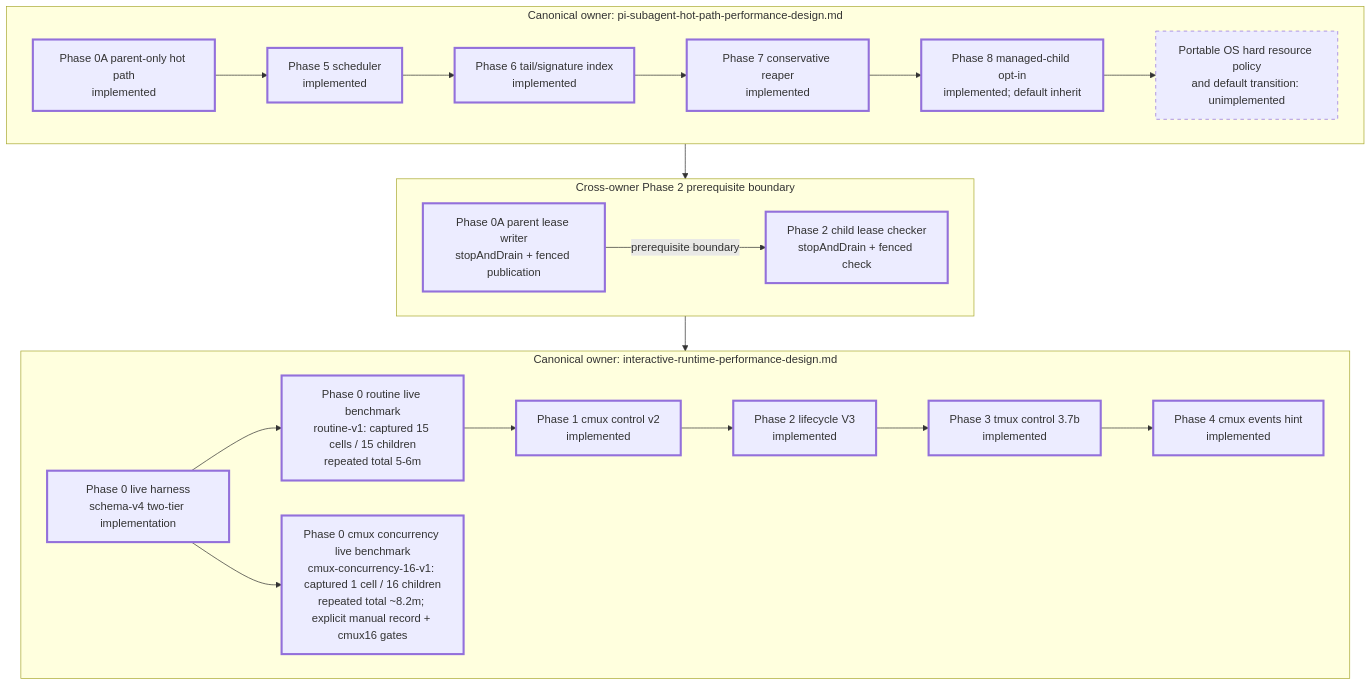
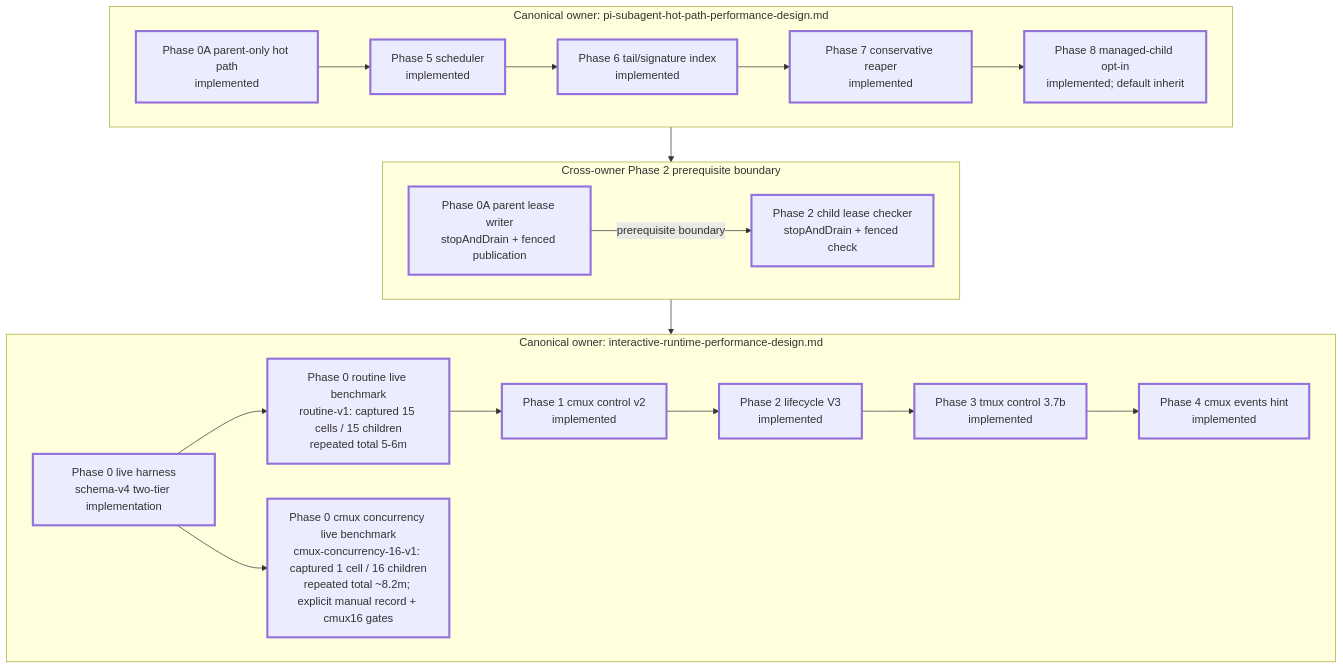
Before and after one commit to spi-ca/pi-subagent: the diagram in docs/diagram/performance-phase-map.mmd, drawn with Mermaid. The commit also changed 13 other files, not shown here.

```diff
--- a/docs/diagram/performance-phase-map.mmd
+++ b/docs/diagram/performance-phase-map.mmd
@@ -1,40 +1,37 @@
 flowchart TB
   subgraph TransportOwner[Canonical owner: interactive-runtime-performance-design.md]
     direction LR
     P0H[Phase 0 live harness<br/>schema-v4 two-tier implementation]
     P0R[Phase 0 routine live benchmark<br/>routine-v1: captured 15 cells / 15 children<br/>repeated total 5-6m]
     P0C[Phase 0 cmux concurrency live benchmark<br/>cmux-concurrency-16-v1: captured 1 cell / 16 children<br/>repeated total ~8.2m; explicit manual record + cmux16 gates]
     P1[Phase 1 cmux control v2<br/>implemented]
     P2[Phase 2 lifecycle V3<br/>implemented]
     P3[Phase 3 tmux control 3.7b<br/>implemented]
     P4[Phase 4 cmux events hint<br/>implemented]
     P0H --> P0R
     P0H --> P0C
     P0R --> P1 --> P2 --> P3 --> P4
   end
 
   subgraph InternalOwner[Canonical owner: pi-subagent-hot-path-performance-design.md]
     direction LR
     P0A[Phase 0A parent-only hot path<br/>implemented]
     P5[Phase 5 scheduler<br/>implemented]
     P6[Phase 6 tail/signature index<br/>implemented]
     P7[Phase 7 conservative reaper<br/>implemented]
     P8[Phase 8 managed-child opt-in<br/>implemented; default inherit]
-    P8R[Portable OS hard resource policy<br/>and default transition: unimplemented]
-    P0A --> P5 --> P6 --> P7 --> P8 --> P8R
+    P0A --> P5 --> P6 --> P7 --> P8
   end
 
   subgraph LeaseBoundary[Cross-owner Phase 2 prerequisite boundary]
     direction LR
     L0A[Phase 0A parent lease writer<br/>stopAndDrain + fenced publication]
     L2[Phase 2 child lease checker<br/>stopAndDrain + fenced check]
     L0A -->|prerequisite boundary| L2
   end
 
   P0A --> L0A
   L2 --> P2
 
   classDef implemented stroke-width:3px
-  classDef proposed stroke-dasharray: 5 5
   class P0H,P0R,P0C,P0A,P1,P2,P3,P4,P5,P6,P7,P8,L0A,L2 implemented
-  class P8R proposed
```
